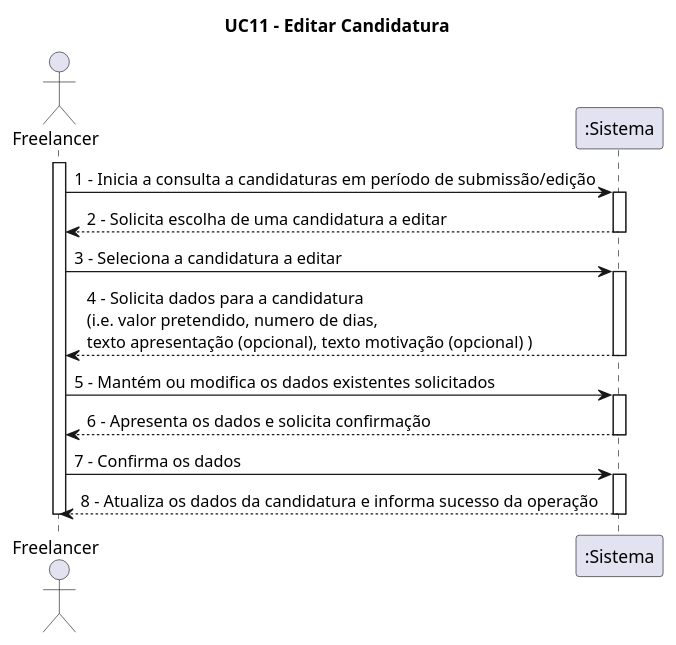
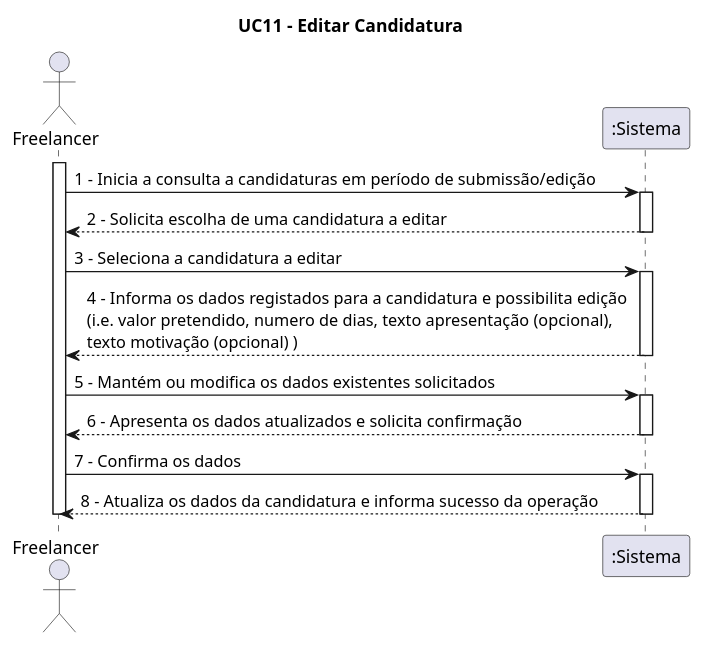
Before and after one commit to blestonbandeiraUPSKILL/upskill_java1_labprg_grupo2: the diagram in Documentação/Sprint 4/UC11_Editar_Candidatura/UC11_Editar_Candidatura.wsd, drawn with PlantUML. The commit also changed 6 other files, not shown here.

```diff
--- a/Documentação/Sprint 4/UC11_Editar_Candidatura/UC11_Editar_Candidatura.wsd
+++ b/Documentação/Sprint 4/UC11_Editar_Candidatura/UC11_Editar_Candidatura.wsd
@@ -1,22 +1,22 @@
 @startuml
 title UC11 - Editar Candidatura
 actor Freelancer
 activate Freelancer
 Freelancer -> ":Sistema" : 1 - Inicia a consulta a candidaturas em período de submissão/edição
 activate ":Sistema"
 ":Sistema" --> Freelancer : 2 - Solicita escolha de uma candidatura a editar
 deactivate ":Sistema"
 Freelancer -> ":Sistema" : 3 - Seleciona a candidatura a editar
 activate ":Sistema"
-":Sistema" --> Freelancer : 4 - Solicita dados para a candidatura \n(i.e. valor pretendido, numero de dias, \ntexto apresentação (opcional), texto motivação (opcional) )
+":Sistema" --> Freelancer : 4 - Informa os dados registados para a candidatura e possibilita edição \n(i.e. valor pretendido, numero de dias, texto apresentação (opcional), \ntexto motivação (opcional) )
 deactivate ":Sistema"
 Freelancer -> ":Sistema" : 5 - Mantém ou modifica os dados existentes solicitados
 activate ":Sistema"
-":Sistema" --> Freelancer : 6 - Apresenta os dados e solicita confirmação
+":Sistema" --> Freelancer : 6 - Apresenta os dados atualizados e solicita confirmação
 deactivate ":Sistema"
 Freelancer -> ":Sistema" : 7 - Confirma os dados
 activate ":Sistema"
 ":Sistema" --> Freelancer : 8 - Atualiza os dados da candidatura e informa sucesso da operação
 deactivate ":Sistema"
 deactivate Freelancer
 @enduml
```
